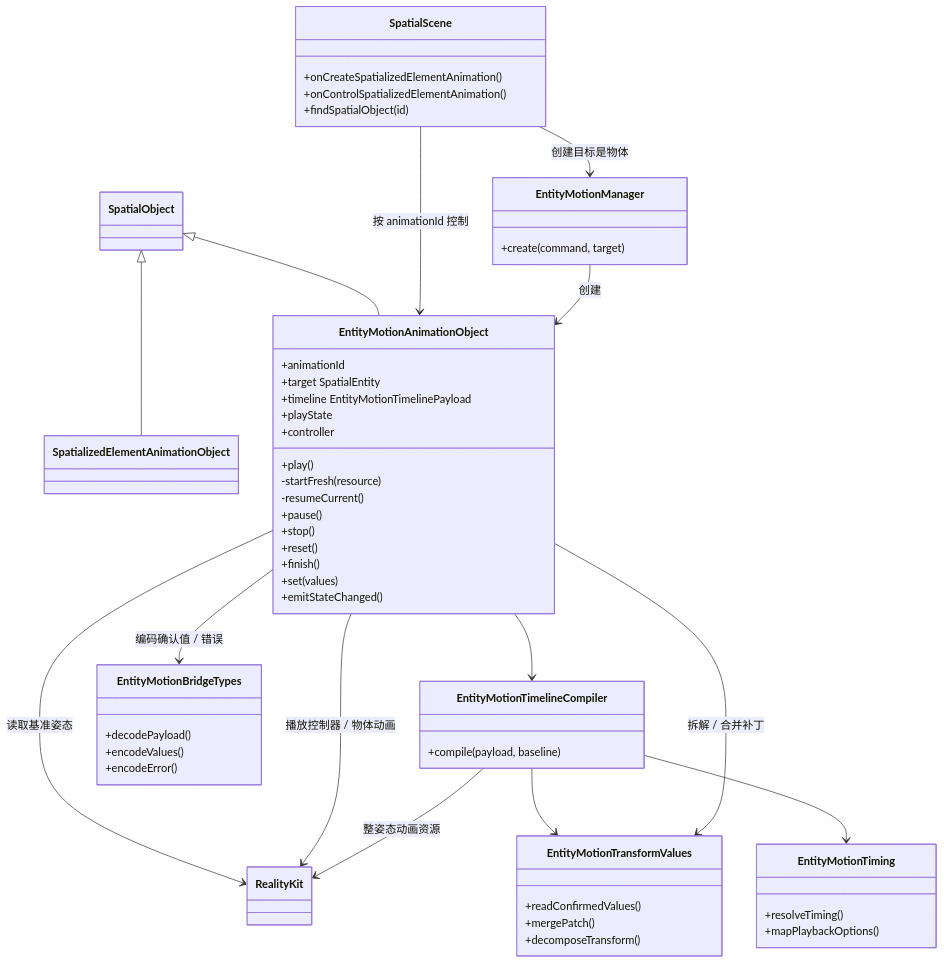
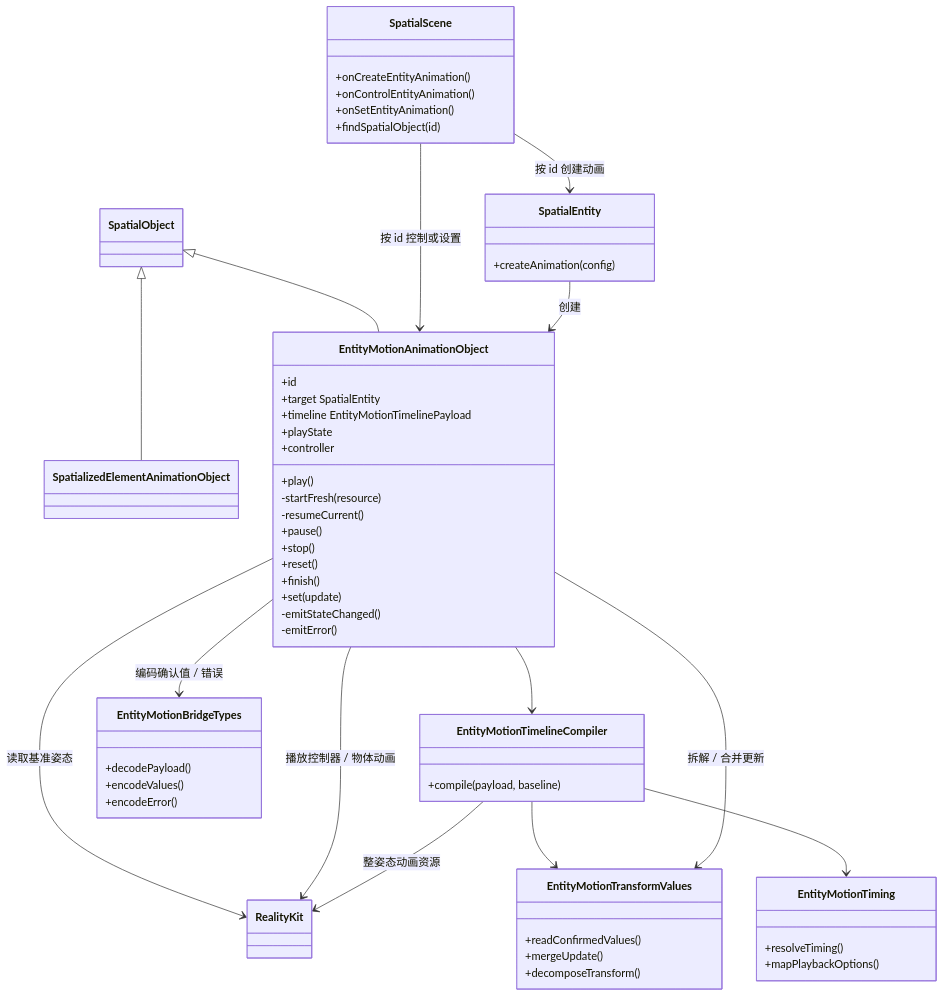
Before and after one commit to webspatial/webspatial-sdk: the seventh of 14 diagrams in openspec/changes/redesign-entity-motion-api/design.zh.md, drawn with Mermaid. The commit also changed other lines of this file and 7 other files, not shown here.

````diff
--- a/openspec/changes/redesign-entity-motion-api/design.zh.md
+++ b/openspec/changes/redesign-entity-motion-api/design.zh.md
@@ -741,61 +816,63 @@
 ```mermaid
 classDiagram
     class SpatialObject
     class SpatializedElementAnimationObject
     class SpatialScene {
-        +onCreateSpatializedElementAnimation()
-        +onControlSpatializedElementAnimation()
+        +onCreateEntityAnimation()
+        +onControlEntityAnimation()
+        +onSetEntityAnimation()
         +findSpatialObject(id)
     }
-    class EntityMotionManager {
-        +create(command, target)
+    class SpatialEntity {
+        +createAnimation(config)
     }
     class EntityMotionAnimationObject {
-        +animationId
+        +id
         +target SpatialEntity
         +timeline EntityMotionTimelinePayload
         +playState
         +controller
         +play()
         -startFresh(resource)
         -resumeCurrent()
         +pause()
         +stop()
         +reset()
         +finish()
-        +set(values)
-        +emitStateChanged()
+        +set(update)
+        -emitStateChanged()
+        -emitError()
     }
     class EntityMotionTimelineCompiler {
         +compile(payload, baseline)
     }
     class EntityMotionBridgeTypes {
         +decodePayload()
         +encodeValues()
         +encodeError()
     }
     class EntityMotionTiming {
         +resolveTiming()
         +mapPlaybackOptions()
     }
     class EntityMotionTransformValues {
         +readConfirmedValues()
-        +mergePatch()
+        +mergeUpdate()
         +decomposeTransform()
     }
     class RealityKit
 
     SpatialObject <|-- SpatializedElementAnimationObject
     SpatialObject <|-- EntityMotionAnimationObject
-    SpatialScene --> EntityMotionManager : 创建目标是物体
-    SpatialScene --> EntityMotionAnimationObject : 按 animationId 控制
-    EntityMotionManager --> EntityMotionAnimationObject : 创建
+    SpatialScene --> SpatialEntity : 按 id 创建动画
+    SpatialScene --> EntityMotionAnimationObject : 按 id 控制或设置
+    SpatialEntity --> EntityMotionAnimationObject : 创建
     EntityMotionAnimationObject --> EntityMotionTimelineCompiler
     EntityMotionTimelineCompiler --> EntityMotionTiming
     EntityMotionTimelineCompiler --> EntityMotionTransformValues
     EntityMotionAnimationObject --> RealityKit : 读取基准姿态
-    EntityMotionAnimationObject --> EntityMotionTransformValues : 拆解 / 合并补丁
+    EntityMotionAnimationObject --> EntityMotionTransformValues : 拆解 / 合并更新
     EntityMotionAnimationObject --> EntityMotionBridgeTypes : 编码确认值 / 错误
     EntityMotionAnimationObject --> RealityKit : 播放控制器 / 物体动画
     EntityMotionTimelineCompiler --> RealityKit : 整姿态动画资源
 ```
````
